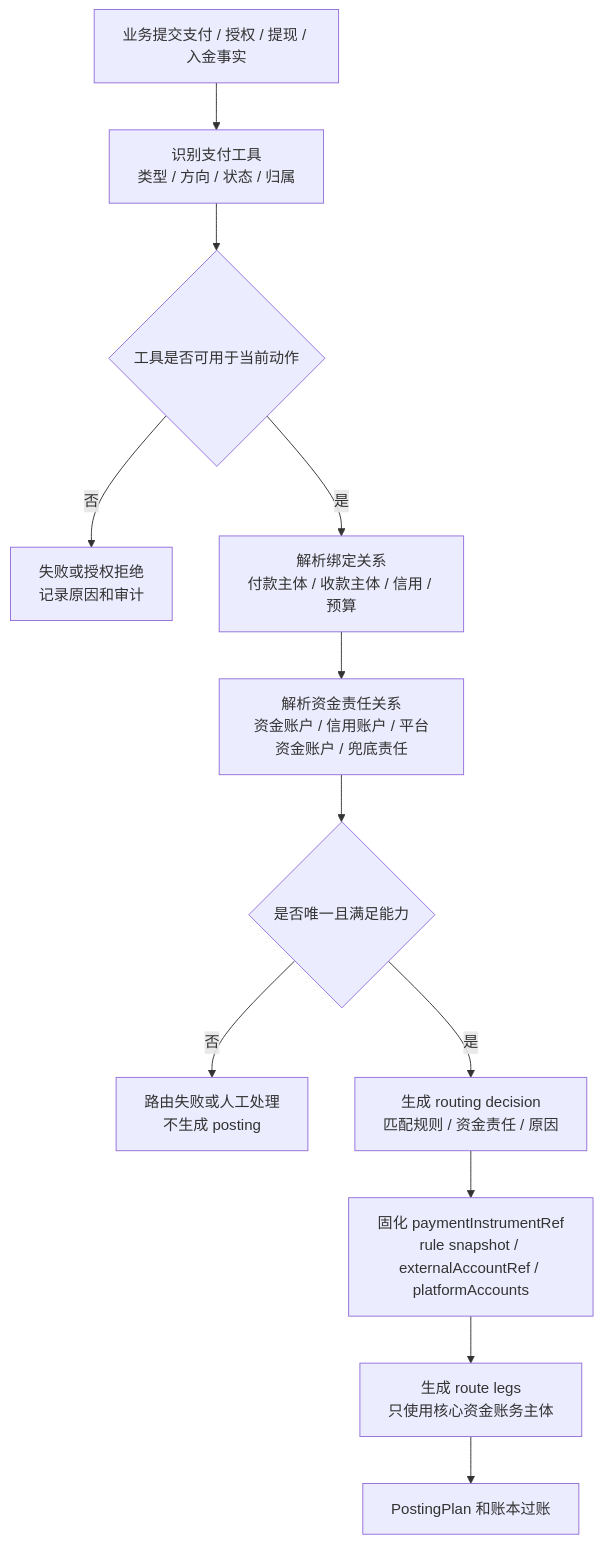
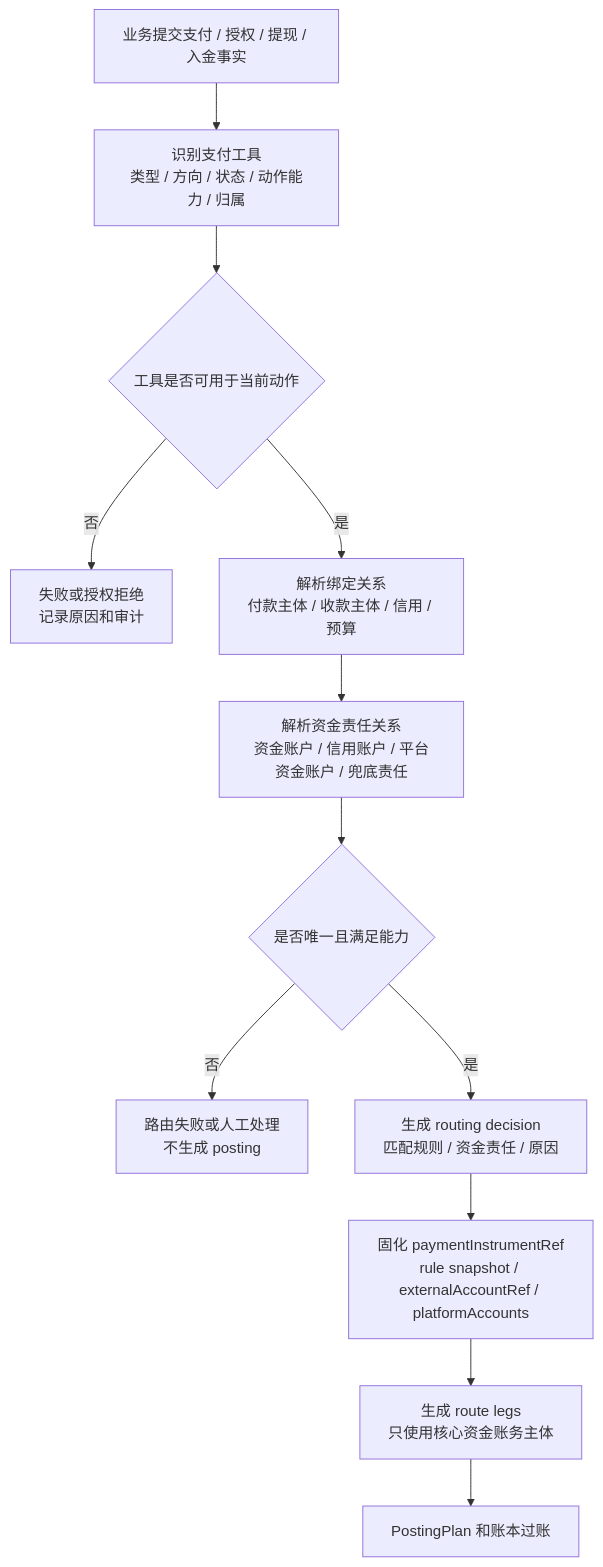
Before and after one commit to fengwuxp/wind-funds: diagram 15 of 22 in docs/产品设计/02-交易路由钱包账目与投影.md, drawn with Mermaid. The commit also changed other lines of this file and 6 other files, not shown here.

````diff
--- a/docs/产品设计/02-交易路由钱包账目与投影.md
+++ b/docs/产品设计/02-交易路由钱包账目与投影.md
@@ -1186,14 +1217,14 @@
 ```mermaid
 flowchart TD
-    A["业务提交支付 / 授权 / 提现 / 入金事实"] --> B["识别支付工具\n类型 / 方向 / 状态 / 归属"]
+    A["业务提交支付 / 授权 / 提现 / 入金事实"] --> B["识别支付工具\n类型 / 方向 / 状态 / 动作能力 / 归属"]
     B --> C{"工具是否可用于当前动作"}
     C -- "否" --> D["失败或授权拒绝\n记录原因和审计"]
     C -- "是" --> E["解析绑定关系\n付款主体 / 收款主体 / 信用 / 预算"]
     E --> F["解析资金责任关系\n资金账户 / 信用账户 / 平台资金账户 / 兜底责任"]
     F --> G{"是否唯一且满足能力"}
     G -- "否" --> H["路由失败或人工处理\n不生成 posting"]
     G -- "是" --> I["生成 routing decision\n匹配规则 / 资金责任 / 原因"]
     I --> J["固化 paymentInstrumentRef\nrule snapshot / externalAccountRef / platformAccounts"]
     J --> K["生成 route legs\n只使用核心资金账务主体"]
     K --> L["PostingPlan 和账本过账"]
 ```
````
